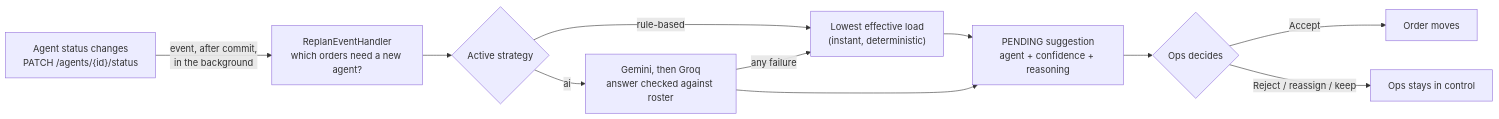
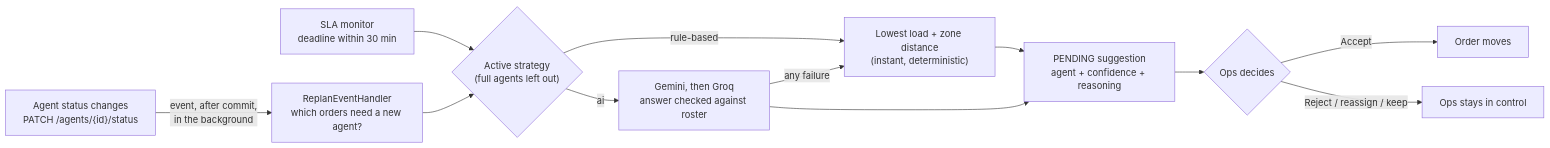
Before and after one commit to Pratik41/ziprun-reassignment-engine: the diagram in README.md, drawn with Mermaid. The commit also changed other lines of this file and 9 other files, not shown here.

````diff
--- a/README.md
+++ b/README.md
@@ -157,13 +183,14 @@
 ```mermaid
 flowchart LR
     A["Agent status changes<br/>PATCH /agents/{id}/status"] -- "event, after commit,<br/>in the background" --> B["ReplanEventHandler<br/>which orders need a new agent?"]
-    B --> C{"Active strategy"}
-    C -- "rule-based" --> D["Lowest effective load<br/>(instant, deterministic)"]
+    S["SLA monitor<br/>deadline within 30 min"] --> C
+    B --> C{"Active strategy<br/>(full agents left out)"}
+    C -- "rule-based" --> D["Lowest load + zone distance<br/>(instant, deterministic)"]
     C -- "ai" --> E["Gemini, then Groq<br/>answer checked against roster"]
     E -- "any failure" --> D
     D --> F["PENDING suggestion<br/>agent + confidence + reasoning"]
     E --> F
     F --> G{"Ops decides"}
     G -- "Accept" --> H["Order moves"]
     G -- "Reject / reassign / keep" --> I["Ops stays in control"]
 ```
````
